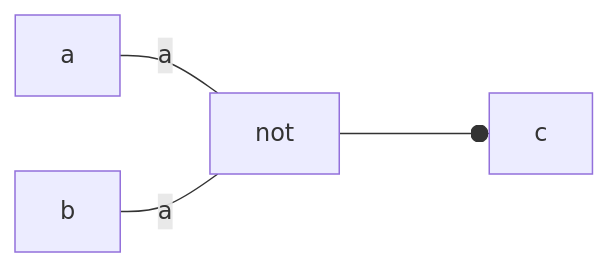
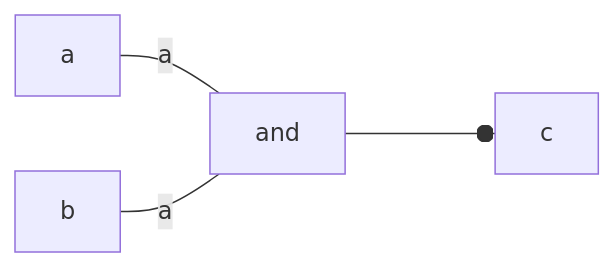
Before and after one commit to tnichols217/notes: the diagram in CSDS 281 - Logic Design/HW/3/Tables.md, drawn with Mermaid. The commit also changed 1 other file, not shown here.

Commit message:
vault backup: 2024-02-14 15:52:19

````diff
--- a/CSDS 281 - Logic Design/HW/3/Tables.md
+++ b/CSDS 281 - Logic Design/HW/3/Tables.md
@@ -14,7 +14,7 @@
 ```mermaid
 flowchart LR
 
-a ---|a| not
-b ---|a| not
-not ---o c
+a ---|a| and
+b ---|a| and
+and ---o c
 ```
````
